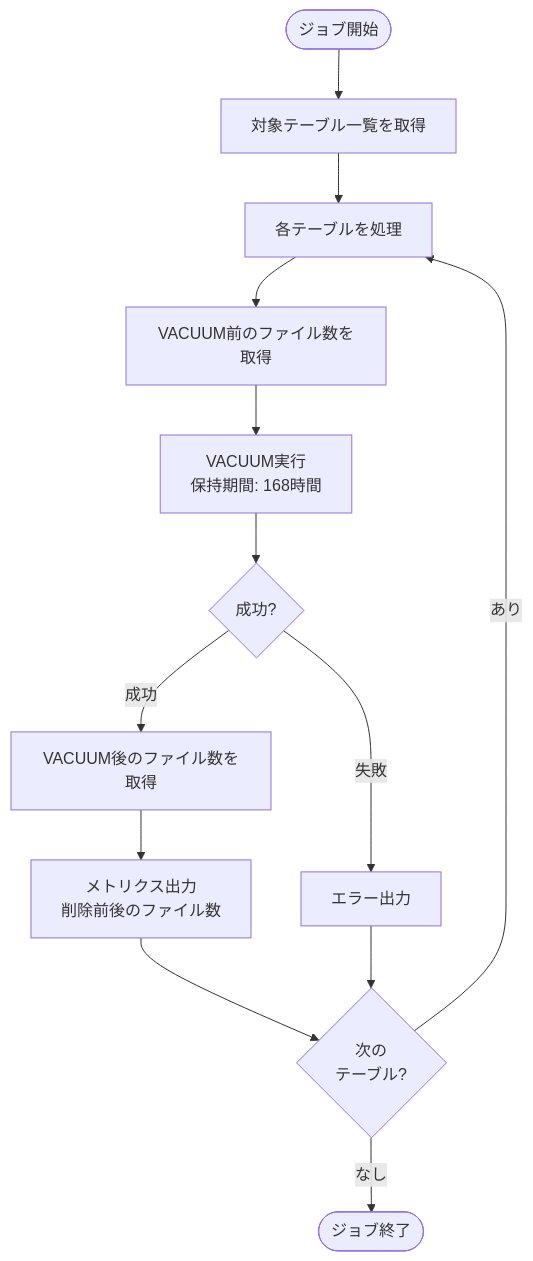
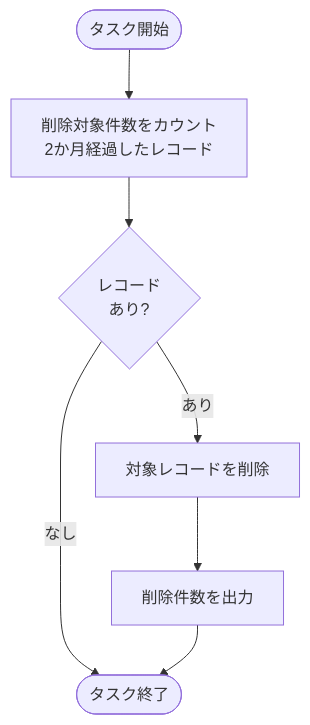
One commit to NSW-SVCP-AIWG002/Databricks-IoT changed the third of 5 diagrams in docs/03-features/batch/oltp-cleanup/job-specification.md. Above: the diagram before and after it, drawn with Mermaid. The commit also changed other lines of this file and 3 other files, not shown here.

````diff
--- a/docs/03-features/batch/oltp-cleanup/job-specification.md
+++ b/docs/03-features/batch/oltp-cleanup/job-specification.md
@@ -242,19 +307,9 @@
 ```mermaid
 flowchart TD
-    Start([ジョブ開始]) --> GetTables[対象テーブル一覧を取得]
-    GetTables --> Loop[各テーブルを処理]
-
-    Loop --> Before[VACUUM前のファイル数を取得]
-    Before --> Vacuum[VACUUM実行<br>保持期間: 168時間]
-    Vacuum --> Result{成功?}
-
-    Result -->|成功| After[VACUUM後のファイル数を取得]
-    After --> Metrics[メトリクス出力<br>削除前後のファイル数]
-    Result -->|失敗| Error[エラー出力]
-
-    Metrics --> Next{次の<br>テーブル?}
-    Error --> Next
-
-    Next -->|あり| Loop
-    Next -->|なし| End([ジョブ終了])
+    Start([タスク開始]) --> Count[削除対象件数をカウント<br>2か月経過したレコード]
+    Count --> Check{レコード<br>あり?}
+    Check -->|なし| End([タスク終了])
+    Check -->|あり| Delete[対象レコードを削除]
+    Delete --> Log[削除件数を出力]
+    Log --> End
 ```
````
